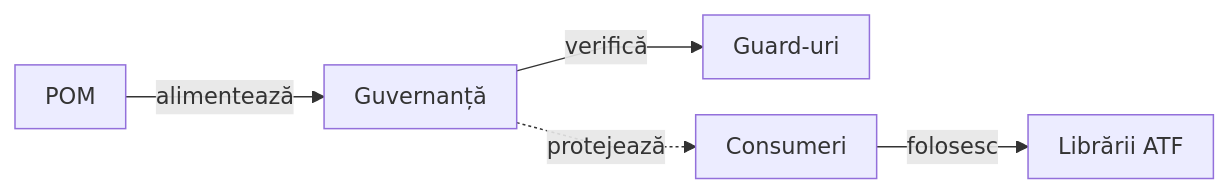
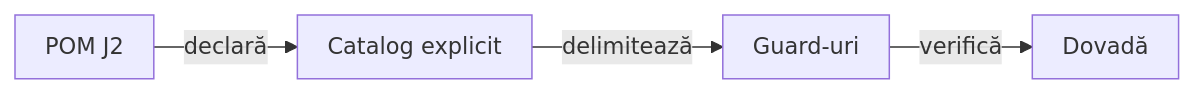
Before and after one commit to crististefanita/atf_j2: the first of 2 diagrams in atf-tests/README.md, drawn with Mermaid. The commit also changed other lines of this file and 360 other files, not shown here.

````diff
--- a/atf-tests/README.md
+++ b/atf-tests/README.md
@@ -12,8 +11,7 @@
 ```mermaid
 %%{init: {"themeVariables":{"fontSize":"15px"},"themeCSS":".nodeLabel, .nodeLabel p { font-size: 15px !important; line-height: 1.35 !important; } .edgeLabel, .edgeLabel p { font-size: 12px !important; font-weight: 400 !important; line-height: 1.2 !important; } .edgeLabel .labelBkg, .edgeLabel p { background: transparent !important; } .edgeLabel foreignObject { transform: translateY(-18px); overflow: visible; } .node rect { rx: 6px; ry: 6px; }","flowchart":{"curve":"linear","nodeSpacing":24,"rankSpacing":40,"padding":10,"diagramPadding":16}}}%%
 flowchart LR
-    Root["POM"] -->|alimentează| Governance["Guvernanță"]
-    Governance -->|verifică| Checks["Guard-uri"]
-    Governance -.->|protejează| Consumers["Consumeri"]
-    Consumers -->|folosesc| Libraries["Librării ATF"]
+    Pom["POM J2"] -->|declară| Catalog["Catalog explicit"]
+    Catalog -->|delimitează| Guards["Guard-uri"]
+    Guards -->|verifică| Proof["Dovadă"]
 ```
````
